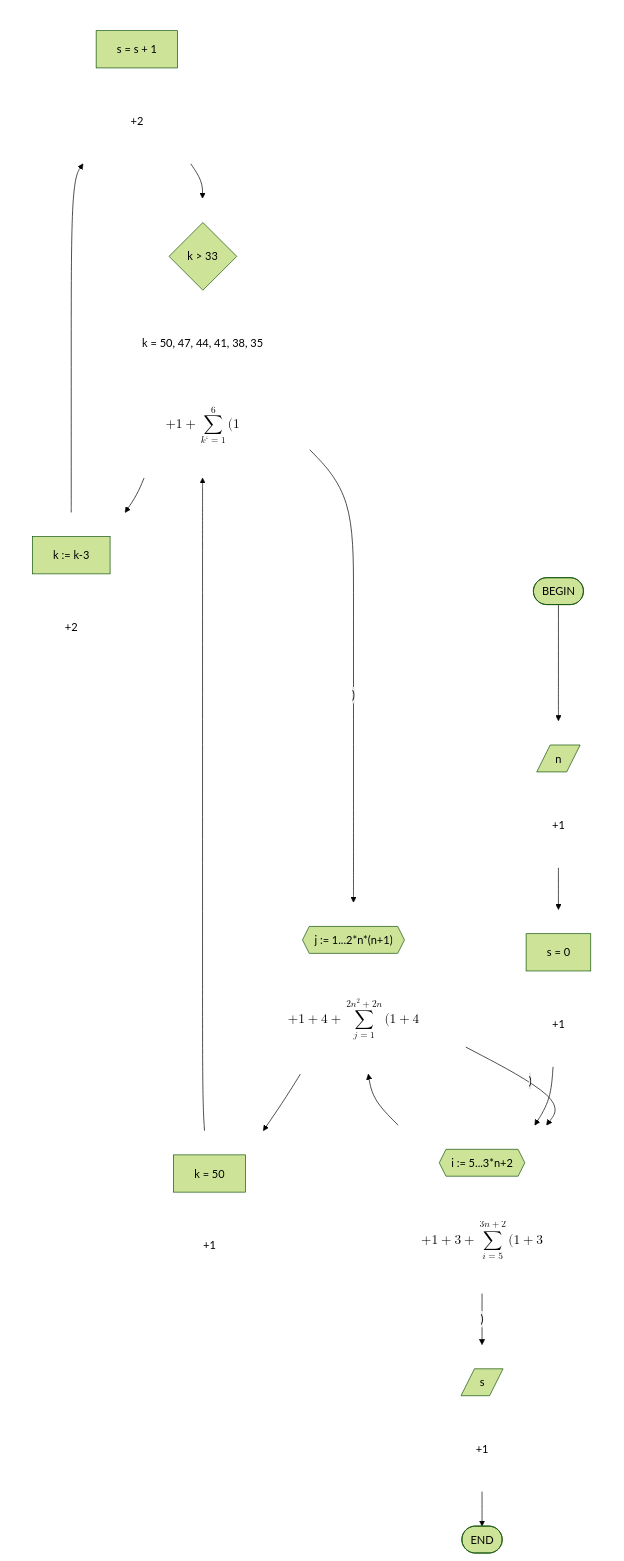
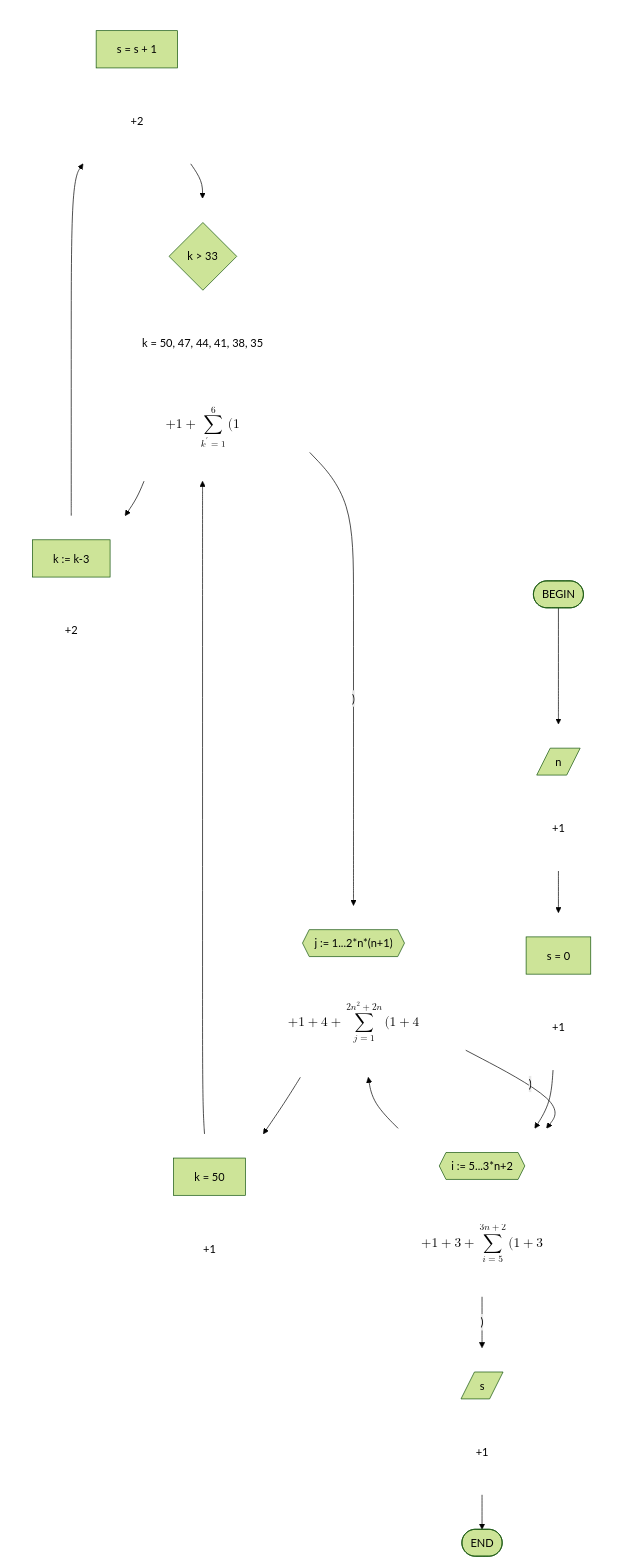
One commit to PastMaster1/algorithms-data-structures-and-data-models changed the diagram in src/Labs/Cpp/docs/task_1.md. Above: the diagram before and after it, drawn with Mermaid (forest theme).

Commit message:
fix: replace ` with ' in graph in Labs/Cpp/docs/task_1.md

````diff
--- a/src/Labs/Cpp/docs/task_1.md
+++ b/src/Labs/Cpp/docs/task_1.md
@@ -4,65 +4,65 @@
 ```mermaid
 graph TD
 	START(["BEGIN"]) --> A
 	A[/"n"/] --> B["s = 0"]
 	B --> C{{"i := 5...3*n+2"}}
 	C --> D{{"j := 1...2*n*(n+1)"}}
 	D --> E["k = 50"]
 	E --> F{"k > 33"}
 	F --> G["k := k-3"]
 	G --> H["s = s + 1"]
 	H --> F
 	F ---->|")"| D
 	D -->|")"| C
 	C -->|")"| I[/"s"/]
 	I --> END(["END"])
 	subgraph GroupA [" "]
 		direction LR
 		A
 		FormA["+1"]
 	end
 	subgraph GroupB [" "]
 		direction LR
 		B
 		FormB["+1"]
 	end
 	subgraph GroupC [" "]
 		direction LR
 		C
 		FormC["$$+1+3+\sum_{i=5}^{3n+2}(1+3$$"]
 	end
 	subgraph GroupD [" "]
 		direction LR
 		D
 		FormD["$$+1+4+\sum_{j=1}^{2n^2+2n}(1+4$$"]
 	end
 	subgraph GroupE [" "]
 		direction LR
 		E
 		FormE["+1"]
 	end
 	subgraph GroupF [" "]
 		direction LR
 		F
 		FormF1["k = 50, 47, 44, 41, 38, 35"]
-		FormF2["$$+1+\sum_{k`=1}^{6}(1$$"]
+		FormF2["$$+1+\sum_{k'=1}^{6}(1$$"]
 	end
 	subgraph GroupG [" "]
 		direction LR
 		G
 		FormG["+2"]
 	end
 	subgraph GroupH [" "]
 		direction LR
 		H
 		FormH["+2"]
 	end
 	subgraph GroupI [" "]
 		direction LR
 		I
 		FormI["+1"]
 	end
 	classDef transparent fill:none, stroke:none;
 	class GroupA,GroupB,GroupC,GroupD,GroupE,GroupF,GroupG,GroupH,GroupI transparent;
 	class FormA,FormB,FormC,FormD,FormE,FormF1,FormF2,FormG,FormH,FormI transparent;
 ```
````
